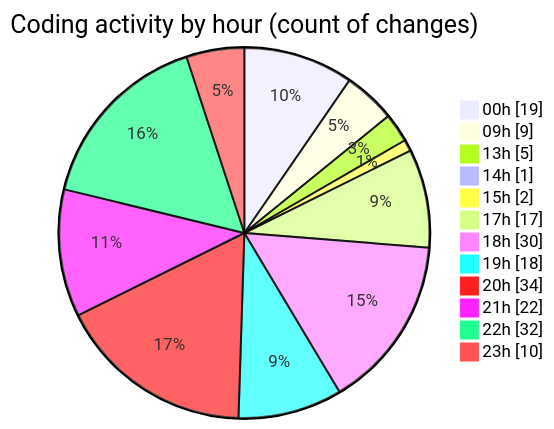
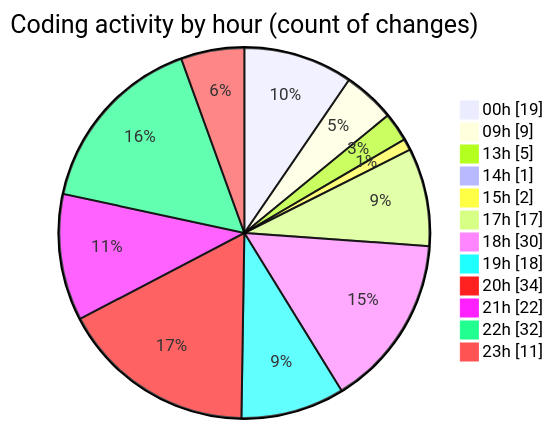
One commit to EIIisD/code-tracking changed the second of 2 diagrams in 2025-08-12/ribbon/README.md. Above: the diagram before and after it, drawn with Mermaid. The commit also changed other lines of this file and 1 other file, not shown here.

````diff
--- a/2025-08-12/ribbon/README.md
+++ b/2025-08-12/ribbon/README.md
@@ -58,16 +58,16 @@
 ```mermaid
 pie showData
 title Coding activity by hour (count of changes)
 "00h" : 19
 "09h" : 9
 "13h" : 5
 "14h" : 1
 "15h" : 2
 "17h" : 17
 "18h" : 30
 "19h" : 18
 "20h" : 34
 "21h" : 22
 "22h" : 32
-"23h" : 10
+"23h" : 11
 ```
````
